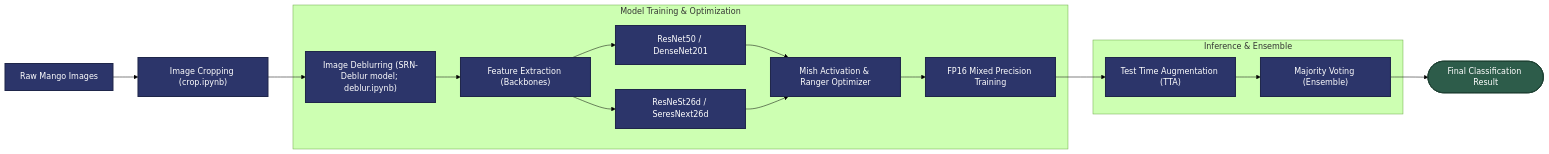
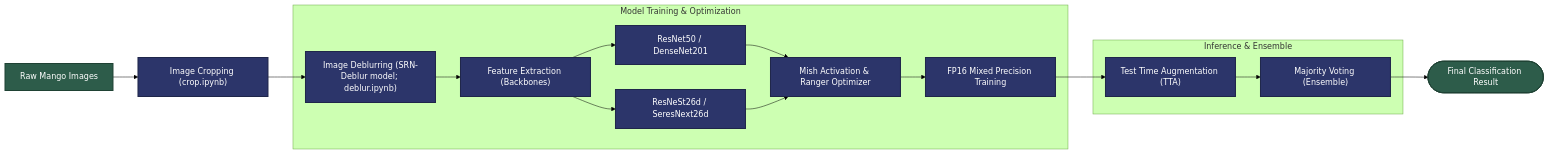
One commit to schaof/AI-Cup-2020-Mango-Image-Classification changed the diagram in README.md. Above: the diagram before and after it, drawn with Mermaid (forest theme).

````diff
--- a/README.md
+++ b/README.md
@@ -5,29 +5,29 @@
 ```mermaid
 graph LR
     A["Raw Mango Images"] --> B["Image Cropping (crop.ipynb)"]
     B --> C["Image Deblurring (SRN-Deblur model; deblur.ipynb)"]
     
     subgraph Training_Phase["Model Training & Optimization"]
         C --> D["Feature Extraction (Backbones)"]
         D --> E["ResNet50 / DenseNet201"]
         D --> F["ResNeSt26d / SeresNext26d"]
         E --> G["Mish Activation & Ranger Optimizer"]
         F --> G
         G --> H["FP16 Mixed Precision Training"]
     end
 
     subgraph Inference_Phase["Inference & Ensemble"]
         H --> I["Test Time Augmentation (TTA)"]
         I --> J["Majority Voting (Ensemble)"]
     end
     
     J --> K(["Final Classification Result"])
 
     %% 視覺設定：定義企業級深色主題
     classDef premiumBlue fill:#2C356A,stroke:#1F264A,stroke-width:2px,color:#ffffff
     classDef premiumGreen fill:#2D5C4A,stroke:#1F4234,stroke-width:2px,color:#ffffff
 
     %% 套用配色
-    class A,B,C,D,E,F,G,H,I,J premiumBlue
-    class K premiumGreen
+    class B,C,D,E,F,G,H,I,J premiumBlue
+    class A,K premiumGreen
 ```
````
